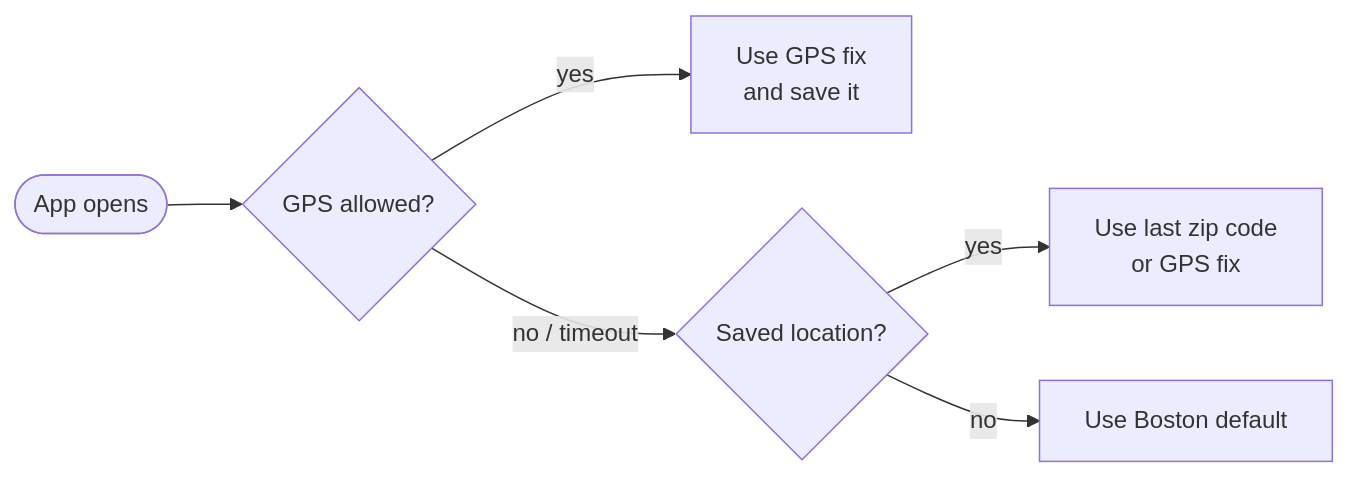
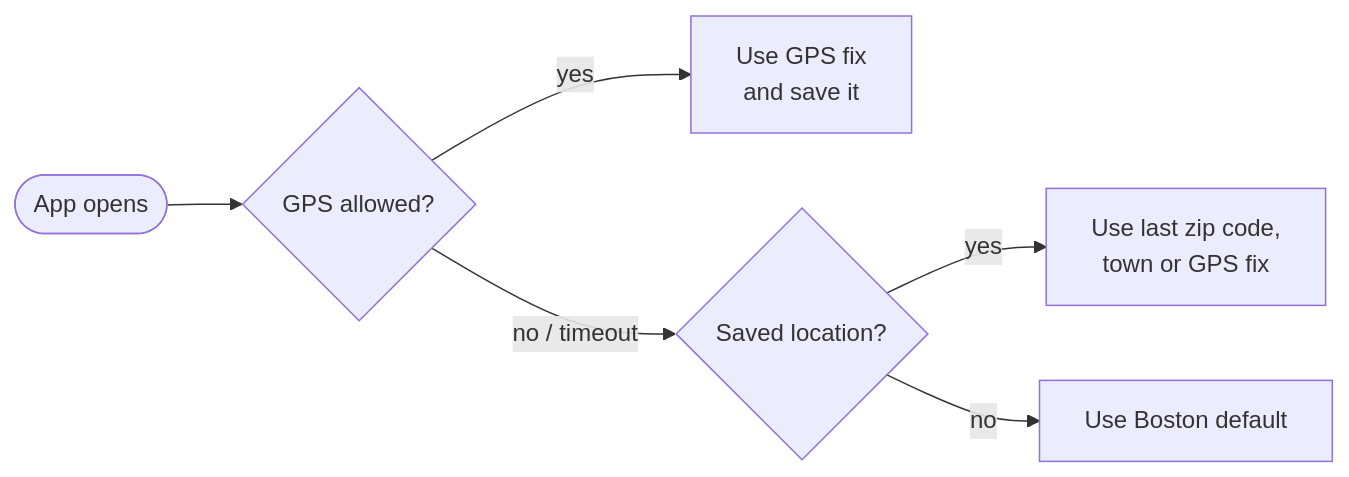
Before and after one commit to jxman/tesla-app: the second of 6 diagrams in README.md, drawn with Mermaid. The commit also changed other lines of this file and 8 other files, not shown here.

````diff
--- a/README.md
+++ b/README.md
@@ -114,8 +114,8 @@
 ```mermaid
 flowchart LR
     start(["App opens"]) --> gps{"GPS allowed?"}
     gps -->|yes| live["Use GPS fix<br/>and save it"]
     gps -->|"no / timeout"| saved{"Saved location?"}
-    saved -->|yes| last["Use last zip code<br/>or GPS fix"]
+    saved -->|yes| last["Use last zip code,<br/>town or GPS fix"]
     saved -->|no| boston["Use Boston default"]
 ```
````
